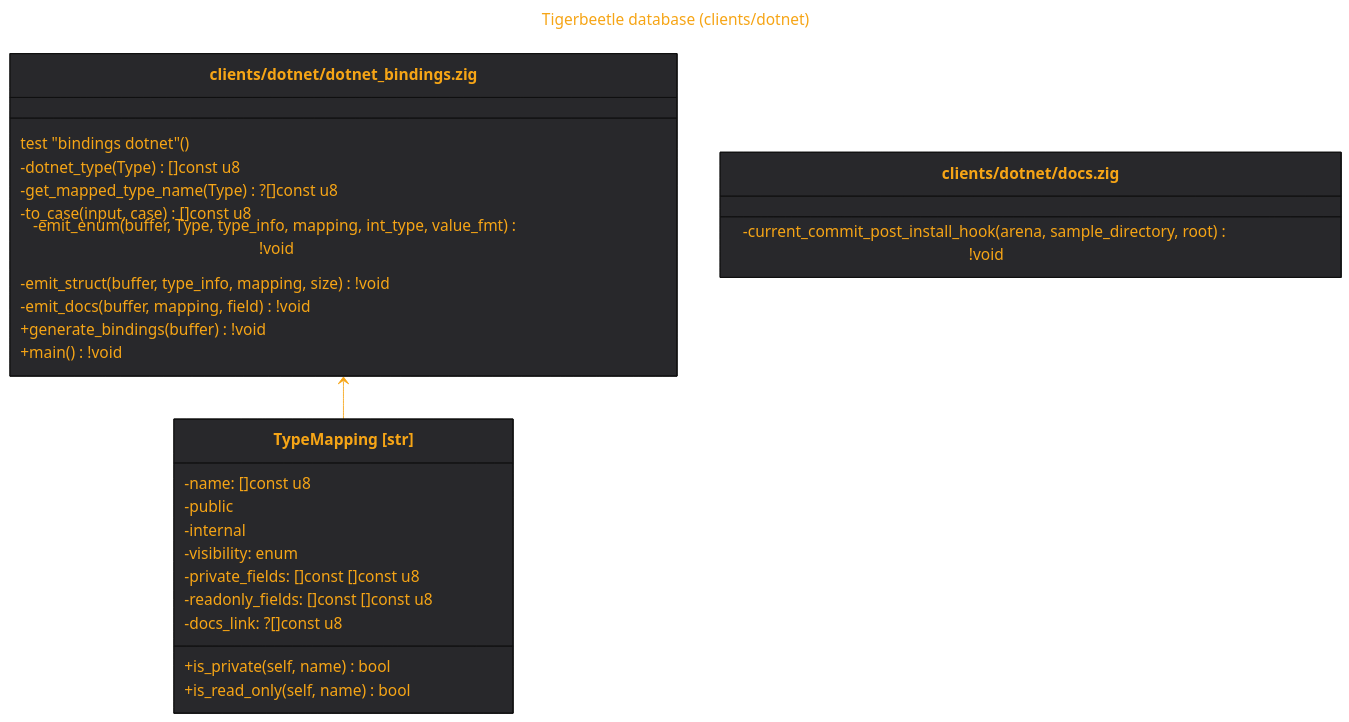
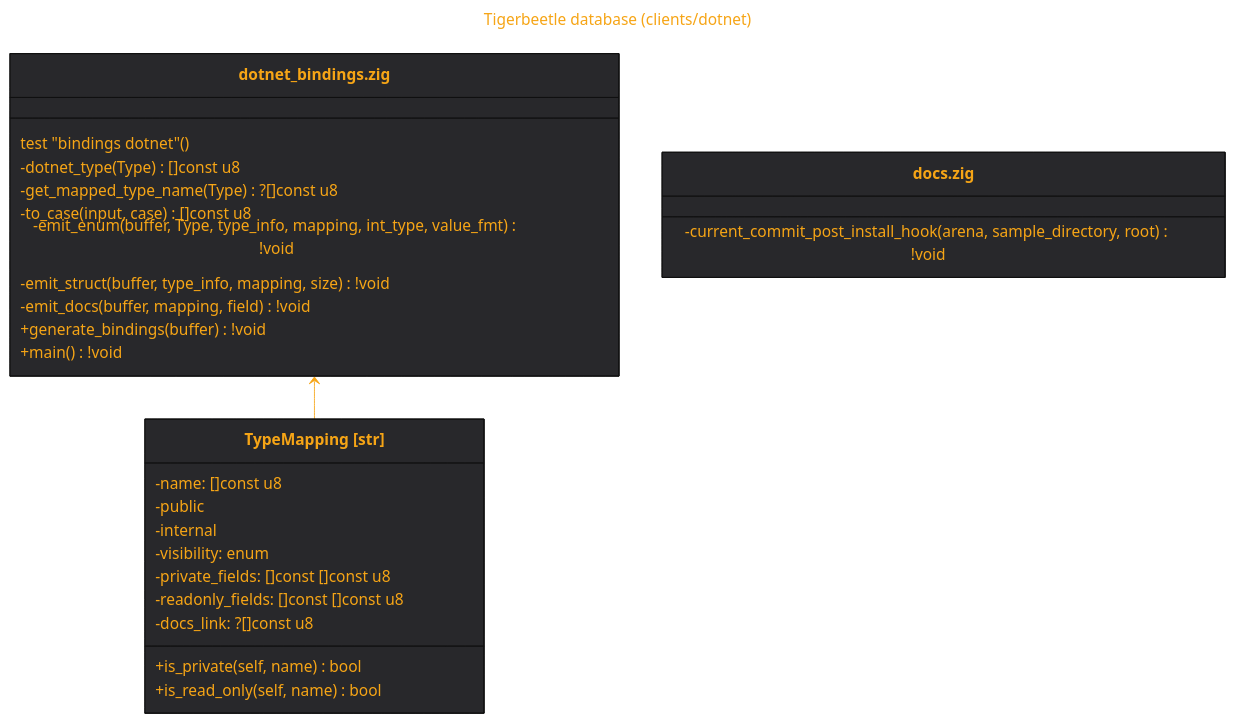
The diagram in out/src.clients.dotnet.md (tensorush/meduza), drawn with Mermaid before and after one commit. The commit also changed 21 other files, not shown here.

````diff
--- a/out/src.clients.dotnet.md
+++ b/out/src.clients.dotnet.md
@@ -1,47 +1,47 @@
 ```mermaid
 ---
 title: Tigerbeetle database (clients/dotnet)
 ---
 %%{
     init: {
         'theme': 'base',
         'themeVariables': {
             'fontSize': '18px',
             'fontFamily': 'arial',
             'lineColor': '#F6A516',
             'primaryColor': '#28282B',
             'primaryTextColor': '#F6A516'
         }
     }
 }%%
 classDiagram
 class TypeMapping["TypeMapping [str]"] {
     -name: []const u8
     -public
     -internal
     -visibility: enum
     -private_fields: []const []const u8
     -readonly_fields: []const []const u8
     -docs_link: ?[]const u8
     +is_private(self, name) bool
     +is_read_only(self, name) bool
 }
 link TypeMapping "https://github.com/tigerbeetle/tigerbeetle/blob/main/src/clients/dotnet/dotnet_bindings.zig#L7"
-class `clients/dotnet/dotnet_bindings.zig` {
+class `dotnet_bindings.zig` {
     test "bindings dotnet"()
     -dotnet_type(Type) []const u8
     -get_mapped_type_name(Type) ?[]const u8
     -to_case(input, case) []const u8
     -emit_enum(buffer, Type, type_info, mapping, int_type, value_fmt) !void
     -emit_struct(buffer, type_info, mapping, size) !void
     -emit_docs(buffer, mapping, field) !void
     +generate_bindings(buffer) !void
     +main() !void
 }
-`clients/dotnet/dotnet_bindings.zig` <-- TypeMapping
-link `clients/dotnet/dotnet_bindings.zig` "https://github.com/tigerbeetle/tigerbeetle/blob/main/src/clients/dotnet/dotnet_bindings.zig"
-class `clients/dotnet/docs.zig` {
+`dotnet_bindings.zig` <-- TypeMapping
+link `dotnet_bindings.zig` "https://github.com/tigerbeetle/tigerbeetle/blob/main/src/clients/dotnet/dotnet_bindings.zig"
+class `docs.zig` {
     -current_commit_post_install_hook(arena, sample_directory, root) !void
 }
-link `clients/dotnet/docs.zig` "https://github.com/tigerbeetle/tigerbeetle/blob/main/src/clients/dotnet/docs.zig"
+link `docs.zig` "https://github.com/tigerbeetle/tigerbeetle/blob/main/src/clients/dotnet/docs.zig"
 ```
````
